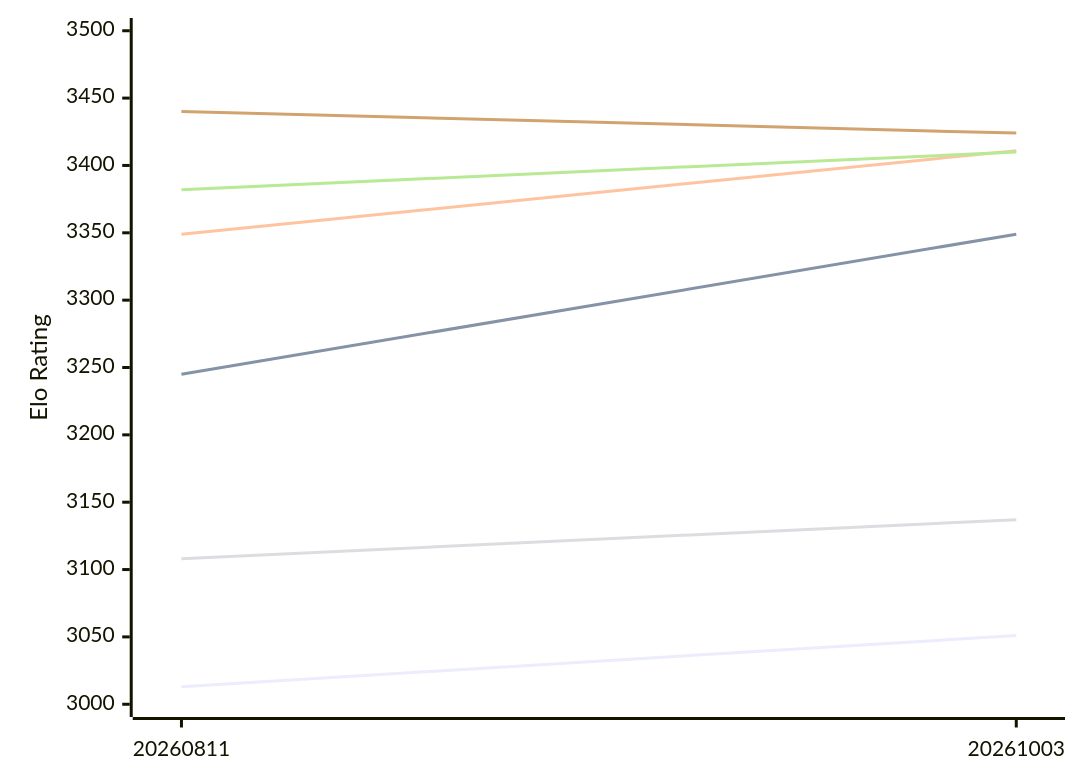
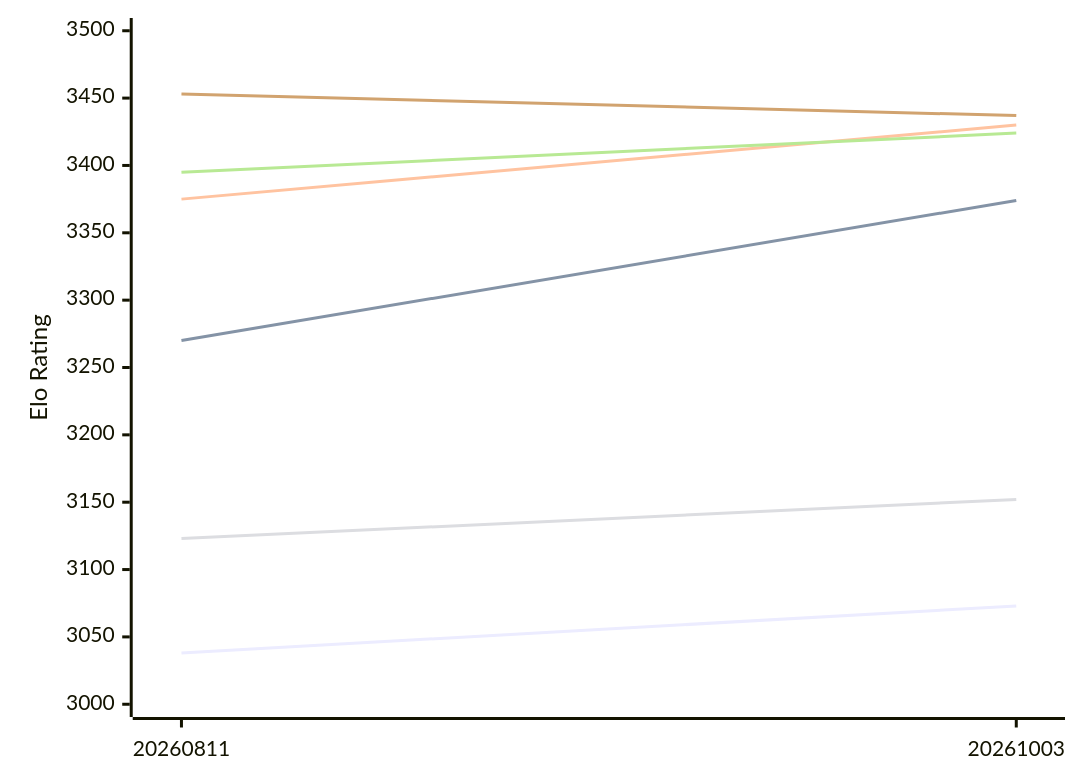
Before and after one commit to computer-chess-index/cci: the first of 2 diagrams in engines/Askaig.md, drawn with Mermaid. The commit also changed other lines of this file, not shown here.

Commit message:
Update CCI Ratings (ELO VLTC) - 2026-10-24

````diff
--- a/engines/Askaig.md
+++ b/engines/Askaig.md
@@ -52,12 +52,12 @@
 ```mermaid
 %%{init: {"theme":"base","themeVariables":{"seriesColors:['#a3a3a3','#222221','#faa371']}}}%%
 xychart-beta
   x-axis ["20260811", "20261003"]
   y-axis "Elo Rating" 3000 --> 3500
-  line "E1: STC (8.0+0.08s)" [3013, 3051]
-  line "E1: LTC (60.0+0.60s)" [3245, 3349]
-  line "E1: VLTC (2m24s+1.12s)" [3349, 3411]
-  line "P1: STC (8.0+0.08s)" [3108, 3137]
-  line "P1: LTC (60.0+0.60s)" [3382, 3410]
-  line "P1: VLTC (2m24s+1.12s)" [3440, 3424]
+  line "E1: STC (8.0+0.08s)" [3038, 3073]
+  line "E1: LTC (60.0+0.60s)" [3270, 3374]
+  line "E1: VLTC (2m24s+1.12s)" [3375, 3430]
+  line "P1: STC (8.0+0.08s)" [3123, 3152]
+  line "P1: LTC (60.0+0.60s)" [3395, 3424]
+  line "P1: VLTC (2m24s+1.12s)" [3453, 3437]
 ```
````
